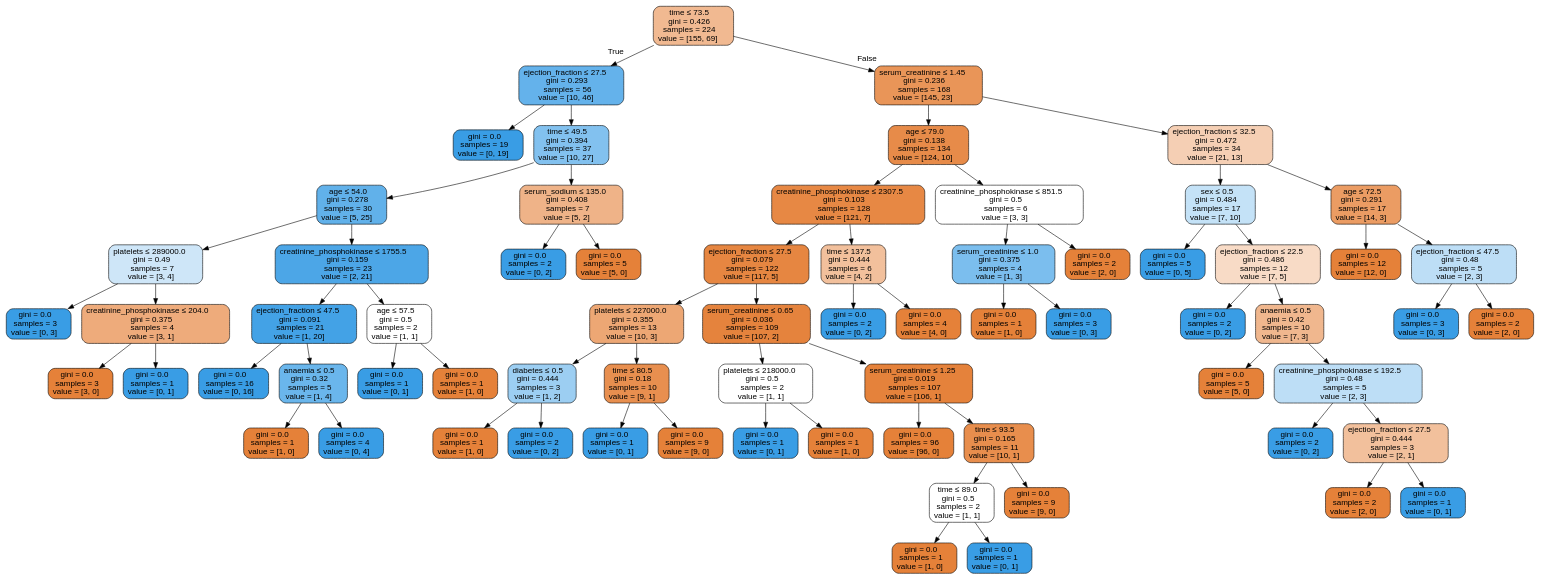
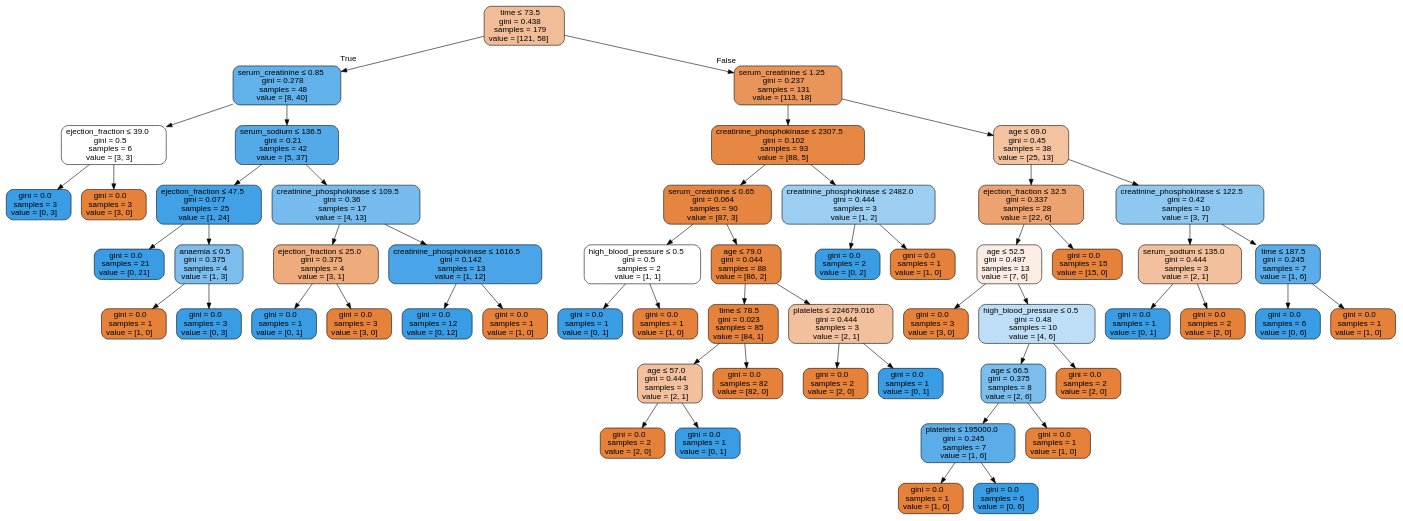
One commit to SaiRamishetty-23/PDS_assignment2 changed the diagram in breast_cancer.dot. Above: the diagram before and after it, drawn with Graphviz. The commit also changed 3 other files, not shown here.

```diff
--- a/breast_cancer.dot
+++ b/breast_cancer.dot
@@ -1,141 +1,113 @@
 digraph Tree {
 node [shape=box, style="filled, rounded", color="black", fontname=helvetica] ;
 edge [fontname=helvetica] ;
-0 [label=<time &le; 73.5<br/>gini = 0.426<br/>samples = 224<br/>value = [155, 69]>, fillcolor="#f1b991"] ;
-1 [label=<ejection_fraction &le; 27.5<br/>gini = 0.293<br/>samples = 56<br/>value = [10, 46]>, fillcolor="#64b2eb"] ;
+0 [label=<time &le; 73.5<br/>gini = 0.438<br/>samples = 179<br/>value = [121, 58]>, fillcolor="#f1bd98"] ;
+1 [label=<serum_creatinine &le; 0.85<br/>gini = 0.278<br/>samples = 48<br/>value = [8, 40]>, fillcolor="#61b1ea"] ;
 0 -> 1 [labeldistance=2.5, labelangle=45, headlabel="True"] ;
-2 [label=<gini = 0.0<br/>samples = 19<br/>value = [0, 19]>, fillcolor="#399de5"] ;
+2 [label=<ejection_fraction &le; 39.0<br/>gini = 0.5<br/>samples = 6<br/>value = [3, 3]>, fillcolor="#ffffff"] ;
 1 -> 2 ;
-3 [label=<time &le; 49.5<br/>gini = 0.394<br/>samples = 37<br/>value = [10, 27]>, fillcolor="#82c1ef"] ;
-1 -> 3 ;
-4 [label=<age &le; 54.0<br/>gini = 0.278<br/>samples = 30<br/>value = [5, 25]>, fillcolor="#61b1ea"] ;
-3 -> 4 ;
-5 [label=<platelets &le; 289000.0<br/>gini = 0.49<br/>samples = 7<br/>value = [3, 4]>, fillcolor="#cee6f8"] ;
-4 -> 5 ;
-6 [label=<gini = 0.0<br/>samples = 3<br/>value = [0, 3]>, fillcolor="#399de5"] ;
+3 [label=<gini = 0.0<br/>samples = 3<br/>value = [0, 3]>, fillcolor="#399de5"] ;
+2 -> 3 ;
+4 [label=<gini = 0.0<br/>samples = 3<br/>value = [3, 0]>, fillcolor="#e58139"] ;
+2 -> 4 ;
+5 [label=<serum_sodium &le; 136.5<br/>gini = 0.21<br/>samples = 42<br/>value = [5, 37]>, fillcolor="#54aae9"] ;
+1 -> 5 ;
+6 [label=<ejection_fraction &le; 47.5<br/>gini = 0.077<br/>samples = 25<br/>value = [1, 24]>, fillcolor="#41a1e6"] ;
 5 -> 6 ;
-7 [label=<creatinine_phosphokinase &le; 204.0<br/>gini = 0.375<br/>samples = 4<br/>value = [3, 1]>, fillcolor="#eeab7b"] ;
-5 -> 7 ;
-8 [label=<gini = 0.0<br/>samples = 3<br/>value = [3, 0]>, fillcolor="#e58139"] ;
-7 -> 8 ;
-9 [label=<gini = 0.0<br/>samples = 1<br/>value = [0, 1]>, fillcolor="#399de5"] ;
-7 -> 9 ;
-10 [label=<creatinine_phosphokinase &le; 1755.5<br/>gini = 0.159<br/>samples = 23<br/>value = [2, 21]>, fillcolor="#4ca6e7"] ;
-4 -> 10 ;
-11 [label=<ejection_fraction &le; 47.5<br/>gini = 0.091<br/>samples = 21<br/>value = [1, 20]>, fillcolor="#43a2e6"] ;
-10 -> 11 ;
-12 [label=<gini = 0.0<br/>samples = 16<br/>value = [0, 16]>, fillcolor="#399de5"] ;
+7 [label=<gini = 0.0<br/>samples = 21<br/>value = [0, 21]>, fillcolor="#399de5"] ;
+6 -> 7 ;
+8 [label=<anaemia &le; 0.5<br/>gini = 0.375<br/>samples = 4<br/>value = [1, 3]>, fillcolor="#7bbeee"] ;
+6 -> 8 ;
+9 [label=<gini = 0.0<br/>samples = 1<br/>value = [1, 0]>, fillcolor="#e58139"] ;
+8 -> 9 ;
+10 [label=<gini = 0.0<br/>samples = 3<br/>value = [0, 3]>, fillcolor="#399de5"] ;
+8 -> 10 ;
+11 [label=<creatinine_phosphokinase &le; 109.5<br/>gini = 0.36<br/>samples = 17<br/>value = [4, 13]>, fillcolor="#76bbed"] ;
+5 -> 11 ;
+12 [label=<ejection_fraction &le; 25.0<br/>gini = 0.375<br/>samples = 4<br/>value = [3, 1]>, fillcolor="#eeab7b"] ;
 11 -> 12 ;
-13 [label=<anaemia &le; 0.5<br/>gini = 0.32<br/>samples = 5<br/>value = [1, 4]>, fillcolor="#6ab6ec"] ;
-11 -> 13 ;
-14 [label=<gini = 0.0<br/>samples = 1<br/>value = [1, 0]>, fillcolor="#e58139"] ;
-13 -> 14 ;
-15 [label=<gini = 0.0<br/>samples = 4<br/>value = [0, 4]>, fillcolor="#399de5"] ;
-13 -> 15 ;
-16 [label=<age &le; 57.5<br/>gini = 0.5<br/>samples = 2<br/>value = [1, 1]>, fillcolor="#ffffff"] ;
-10 -> 16 ;
-17 [label=<gini = 0.0<br/>samples = 1<br/>value = [0, 1]>, fillcolor="#399de5"] ;
-16 -> 17 ;
-18 [label=<gini = 0.0<br/>samples = 1<br/>value = [1, 0]>, fillcolor="#e58139"] ;
-16 -> 18 ;
-19 [label=<serum_sodium &le; 135.0<br/>gini = 0.408<br/>samples = 7<br/>value = [5, 2]>, fillcolor="#efb388"] ;
-3 -> 19 ;
-20 [label=<gini = 0.0<br/>samples = 2<br/>value = [0, 2]>, fillcolor="#399de5"] ;
+13 [label=<gini = 0.0<br/>samples = 1<br/>value = [0, 1]>, fillcolor="#399de5"] ;
+12 -> 13 ;
+14 [label=<gini = 0.0<br/>samples = 3<br/>value = [3, 0]>, fillcolor="#e58139"] ;
+12 -> 14 ;
+15 [label=<creatinine_phosphokinase &le; 1616.5<br/>gini = 0.142<br/>samples = 13<br/>value = [1, 12]>, fillcolor="#49a5e7"] ;
+11 -> 15 ;
+16 [label=<gini = 0.0<br/>samples = 12<br/>value = [0, 12]>, fillcolor="#399de5"] ;
+15 -> 16 ;
+17 [label=<gini = 0.0<br/>samples = 1<br/>value = [1, 0]>, fillcolor="#e58139"] ;
+15 -> 17 ;
+18 [label=<serum_creatinine &le; 1.25<br/>gini = 0.237<br/>samples = 131<br/>value = [113, 18]>, fillcolor="#e99559"] ;
+0 -> 18 [labeldistance=2.5, labelangle=-45, headlabel="False"] ;
+19 [label=<creatinine_phosphokinase &le; 2307.5<br/>gini = 0.102<br/>samples = 93<br/>value = [88, 5]>, fillcolor="#e68844"] ;
+18 -> 19 ;
+20 [label=<serum_creatinine &le; 0.65<br/>gini = 0.064<br/>samples = 90<br/>value = [87, 3]>, fillcolor="#e68540"] ;
 19 -> 20 ;
-21 [label=<gini = 0.0<br/>samples = 5<br/>value = [5, 0]>, fillcolor="#e58139"] ;
-19 -> 21 ;
-22 [label=<serum_creatinine &le; 1.45<br/>gini = 0.236<br/>samples = 168<br/>value = [145, 23]>, fillcolor="#e99558"] ;
-0 -> 22 [labeldistance=2.5, labelangle=-45, headlabel="False"] ;
-23 [label=<age &le; 79.0<br/>gini = 0.138<br/>samples = 134<br/>value = [124, 10]>, fillcolor="#e78b49"] ;
-22 -> 23 ;
-24 [label=<creatinine_phosphokinase &le; 2307.5<br/>gini = 0.103<br/>samples = 128<br/>value = [121, 7]>, fillcolor="#e78844"] ;
-23 -> 24 ;
-25 [label=<ejection_fraction &le; 27.5<br/>gini = 0.079<br/>samples = 122<br/>value = [117, 5]>, fillcolor="#e68641"] ;
+21 [label=<high_blood_pressure &le; 0.5<br/>gini = 0.5<br/>samples = 2<br/>value = [1, 1]>, fillcolor="#ffffff"] ;
+20 -> 21 ;
+22 [label=<gini = 0.0<br/>samples = 1<br/>value = [0, 1]>, fillcolor="#399de5"] ;
+21 -> 22 ;
+23 [label=<gini = 0.0<br/>samples = 1<br/>value = [1, 0]>, fillcolor="#e58139"] ;
+21 -> 23 ;
+24 [label=<age &le; 79.0<br/>gini = 0.044<br/>samples = 88<br/>value = [86, 2]>, fillcolor="#e6843e"] ;
+20 -> 24 ;
+25 [label=<time &le; 78.5<br/>gini = 0.023<br/>samples = 85<br/>value = [84, 1]>, fillcolor="#e5823b"] ;
 24 -> 25 ;
-26 [label=<platelets &le; 227000.0<br/>gini = 0.355<br/>samples = 13<br/>value = [10, 3]>, fillcolor="#eda774"] ;
+26 [label=<age &le; 57.0<br/>gini = 0.444<br/>samples = 3<br/>value = [2, 1]>, fillcolor="#f2c09c"] ;
 25 -> 26 ;
-27 [label=<diabetes &le; 0.5<br/>gini = 0.444<br/>samples = 3<br/>value = [1, 2]>, fillcolor="#9ccef2"] ;
+27 [label=<gini = 0.0<br/>samples = 2<br/>value = [2, 0]>, fillcolor="#e58139"] ;
 26 -> 27 ;
-28 [label=<gini = 0.0<br/>samples = 1<br/>value = [1, 0]>, fillcolor="#e58139"] ;
-27 -> 28 ;
-29 [label=<gini = 0.0<br/>samples = 2<br/>value = [0, 2]>, fillcolor="#399de5"] ;
-27 -> 29 ;
-30 [label=<time &le; 80.5<br/>gini = 0.18<br/>samples = 10<br/>value = [9, 1]>, fillcolor="#e88f4f"] ;
-26 -> 30 ;
-31 [label=<gini = 0.0<br/>samples = 1<br/>value = [0, 1]>, fillcolor="#399de5"] ;
+28 [label=<gini = 0.0<br/>samples = 1<br/>value = [0, 1]>, fillcolor="#399de5"] ;
+26 -> 28 ;
+29 [label=<gini = 0.0<br/>samples = 82<br/>value = [82, 0]>, fillcolor="#e58139"] ;
+25 -> 29 ;
+30 [label=<platelets &le; 224679.016<br/>gini = 0.444<br/>samples = 3<br/>value = [2, 1]>, fillcolor="#f2c09c"] ;
+24 -> 30 ;
+31 [label=<gini = 0.0<br/>samples = 2<br/>value = [2, 0]>, fillcolor="#e58139"] ;
 30 -> 31 ;
-32 [label=<gini = 0.0<br/>samples = 9<br/>value = [9, 0]>, fillcolor="#e58139"] ;
+32 [label=<gini = 0.0<br/>samples = 1<br/>value = [0, 1]>, fillcolor="#399de5"] ;
 30 -> 32 ;
-33 [label=<serum_creatinine &le; 0.65<br/>gini = 0.036<br/>samples = 109<br/>value = [107, 2]>, fillcolor="#e5833d"] ;
-25 -> 33 ;
-34 [label=<platelets &le; 218000.0<br/>gini = 0.5<br/>samples = 2<br/>value = [1, 1]>, fillcolor="#ffffff"] ;
+33 [label=<creatinine_phosphokinase &le; 2482.0<br/>gini = 0.444<br/>samples = 3<br/>value = [1, 2]>, fillcolor="#9ccef2"] ;
+19 -> 33 ;
+34 [label=<gini = 0.0<br/>samples = 2<br/>value = [0, 2]>, fillcolor="#399de5"] ;
 33 -> 34 ;
-35 [label=<gini = 0.0<br/>samples = 1<br/>value = [0, 1]>, fillcolor="#399de5"] ;
-34 -> 35 ;
-36 [label=<gini = 0.0<br/>samples = 1<br/>value = [1, 0]>, fillcolor="#e58139"] ;
-34 -> 36 ;
-37 [label=<serum_creatinine &le; 1.25<br/>gini = 0.019<br/>samples = 107<br/>value = [106, 1]>, fillcolor="#e5823b"] ;
-33 -> 37 ;
-38 [label=<gini = 0.0<br/>samples = 96<br/>value = [96, 0]>, fillcolor="#e58139"] ;
+35 [label=<gini = 0.0<br/>samples = 1<br/>value = [1, 0]>, fillcolor="#e58139"] ;
+33 -> 35 ;
+36 [label=<age &le; 69.0<br/>gini = 0.45<br/>samples = 38<br/>value = [25, 13]>, fillcolor="#f3c3a0"] ;
+18 -> 36 ;
+37 [label=<ejection_fraction &le; 32.5<br/>gini = 0.337<br/>samples = 28<br/>value = [22, 6]>, fillcolor="#eca36f"] ;
+36 -> 37 ;
+38 [label=<age &le; 52.5<br/>gini = 0.497<br/>samples = 13<br/>value = [7, 6]>, fillcolor="#fbede3"] ;
 37 -> 38 ;
-39 [label=<time &le; 93.5<br/>gini = 0.165<br/>samples = 11<br/>value = [10, 1]>, fillcolor="#e88e4d"] ;
-37 -> 39 ;
-40 [label=<time &le; 89.0<br/>gini = 0.5<br/>samples = 2<br/>value = [1, 1]>, fillcolor="#ffffff"] ;
-39 -> 40 ;
-41 [label=<gini = 0.0<br/>samples = 1<br/>value = [1, 0]>, fillcolor="#e58139"] ;
+39 [label=<gini = 0.0<br/>samples = 3<br/>value = [3, 0]>, fillcolor="#e58139"] ;
+38 -> 39 ;
+40 [label=<high_blood_pressure &le; 0.5<br/>gini = 0.48<br/>samples = 10<br/>value = [4, 6]>, fillcolor="#bddef6"] ;
+38 -> 40 ;
+41 [label=<age &le; 66.5<br/>gini = 0.375<br/>samples = 8<br/>value = [2, 6]>, fillcolor="#7bbeee"] ;
 40 -> 41 ;
-42 [label=<gini = 0.0<br/>samples = 1<br/>value = [0, 1]>, fillcolor="#399de5"] ;
-40 -> 42 ;
-43 [label=<gini = 0.0<br/>samples = 9<br/>value = [9, 0]>, fillcolor="#e58139"] ;
-39 -> 43 ;
-44 [label=<time &le; 137.5<br/>gini = 0.444<br/>samples = 6<br/>value = [4, 2]>, fillcolor="#f2c09c"] ;
-24 -> 44 ;
-45 [label=<gini = 0.0<br/>samples = 2<br/>value = [0, 2]>, fillcolor="#399de5"] ;
-44 -> 45 ;
-46 [label=<gini = 0.0<br/>samples = 4<br/>value = [4, 0]>, fillcolor="#e58139"] ;
-44 -> 46 ;
-47 [label=<creatinine_phosphokinase &le; 851.5<br/>gini = 0.5<br/>samples = 6<br/>value = [3, 3]>, fillcolor="#ffffff"] ;
-23 -> 47 ;
-48 [label=<serum_creatinine &le; 1.0<br/>gini = 0.375<br/>samples = 4<br/>value = [1, 3]>, fillcolor="#7bbeee"] ;
-47 -> 48 ;
-49 [label=<gini = 0.0<br/>samples = 1<br/>value = [1, 0]>, fillcolor="#e58139"] ;
+42 [label=<platelets &le; 195000.0<br/>gini = 0.245<br/>samples = 7<br/>value = [1, 6]>, fillcolor="#5aade9"] ;
+41 -> 42 ;
+43 [label=<gini = 0.0<br/>samples = 1<br/>value = [1, 0]>, fillcolor="#e58139"] ;
+42 -> 43 ;
+44 [label=<gini = 0.0<br/>samples = 6<br/>value = [0, 6]>, fillcolor="#399de5"] ;
+42 -> 44 ;
+45 [label=<gini = 0.0<br/>samples = 1<br/>value = [1, 0]>, fillcolor="#e58139"] ;
+41 -> 45 ;
+46 [label=<gini = 0.0<br/>samples = 2<br/>value = [2, 0]>, fillcolor="#e58139"] ;
+40 -> 46 ;
+47 [label=<gini = 0.0<br/>samples = 15<br/>value = [15, 0]>, fillcolor="#e58139"] ;
+37 -> 47 ;
+48 [label=<creatinine_phosphokinase &le; 122.5<br/>gini = 0.42<br/>samples = 10<br/>value = [3, 7]>, fillcolor="#8ec7f0"] ;
+36 -> 48 ;
+49 [label=<serum_sodium &le; 135.0<br/>gini = 0.444<br/>samples = 3<br/>value = [2, 1]>, fillcolor="#f2c09c"] ;
 48 -> 49 ;
-50 [label=<gini = 0.0<br/>samples = 3<br/>value = [0, 3]>, fillcolor="#399de5"] ;
-48 -> 50 ;
+50 [label=<gini = 0.0<br/>samples = 1<br/>value = [0, 1]>, fillcolor="#399de5"] ;
+49 -> 50 ;
 51 [label=<gini = 0.0<br/>samples = 2<br/>value = [2, 0]>, fillcolor="#e58139"] ;
-47 -> 51 ;
-52 [label=<ejection_fraction &le; 32.5<br/>gini = 0.472<br/>samples = 34<br/>value = [21, 13]>, fillcolor="#f5cfb4"] ;
-22 -> 52 ;
-53 [label=<sex &le; 0.5<br/>gini = 0.484<br/>samples = 17<br/>value = [7, 10]>, fillcolor="#c4e2f7"] ;
+49 -> 51 ;
+52 [label=<time &le; 187.5<br/>gini = 0.245<br/>samples = 7<br/>value = [1, 6]>, fillcolor="#5aade9"] ;
+48 -> 52 ;
+53 [label=<gini = 0.0<br/>samples = 6<br/>value = [0, 6]>, fillcolor="#399de5"] ;
 52 -> 53 ;
-54 [label=<gini = 0.0<br/>samples = 5<br/>value = [0, 5]>, fillcolor="#399de5"] ;
-53 -> 54 ;
-55 [label=<ejection_fraction &le; 22.5<br/>gini = 0.486<br/>samples = 12<br/>value = [7, 5]>, fillcolor="#f8dbc6"] ;
-53 -> 55 ;
-56 [label=<gini = 0.0<br/>samples = 2<br/>value = [0, 2]>, fillcolor="#399de5"] ;
-55 -> 56 ;
-57 [label=<anaemia &le; 0.5<br/>gini = 0.42<br/>samples = 10<br/>value = [7, 3]>, fillcolor="#f0b78e"] ;
-55 -> 57 ;
-58 [label=<gini = 0.0<br/>samples = 5<br/>value = [5, 0]>, fillcolor="#e58139"] ;
-57 -> 58 ;
-59 [label=<creatinine_phosphokinase &le; 192.5<br/>gini = 0.48<br/>samples = 5<br/>value = [2, 3]>, fillcolor="#bddef6"] ;
-57 -> 59 ;
-60 [label=<gini = 0.0<br/>samples = 2<br/>value = [0, 2]>, fillcolor="#399de5"] ;
-59 -> 60 ;
-61 [label=<ejection_fraction &le; 27.5<br/>gini = 0.444<br/>samples = 3<br/>value = [2, 1]>, fillcolor="#f2c09c"] ;
-59 -> 61 ;
-62 [label=<gini = 0.0<br/>samples = 2<br/>value = [2, 0]>, fillcolor="#e58139"] ;
-61 -> 62 ;
-63 [label=<gini = 0.0<br/>samples = 1<br/>value = [0, 1]>, fillcolor="#399de5"] ;
-61 -> 63 ;
-64 [label=<age &le; 72.5<br/>gini = 0.291<br/>samples = 17<br/>value = [14, 3]>, fillcolor="#eb9c63"] ;
-52 -> 64 ;
-65 [label=<gini = 0.0<br/>samples = 12<br/>value = [12, 0]>, fillcolor="#e58139"] ;
-64 -> 65 ;
-66 [label=<ejection_fraction &le; 47.5<br/>gini = 0.48<br/>samples = 5<br/>value = [2, 3]>, fillcolor="#bddef6"] ;
-64 -> 66 ;
-67 [label=<gini = 0.0<br/>samples = 3<br/>value = [0, 3]>, fillcolor="#399de5"] ;
-66 -> 67 ;
-68 [label=<gini = 0.0<br/>samples = 2<br/>value = [2, 0]>, fillcolor="#e58139"] ;
-66 -> 68 ;
+54 [label=<gini = 0.0<br/>samples = 1<br/>value = [1, 0]>, fillcolor="#e58139"] ;
+52 -> 54 ;
 }
```
